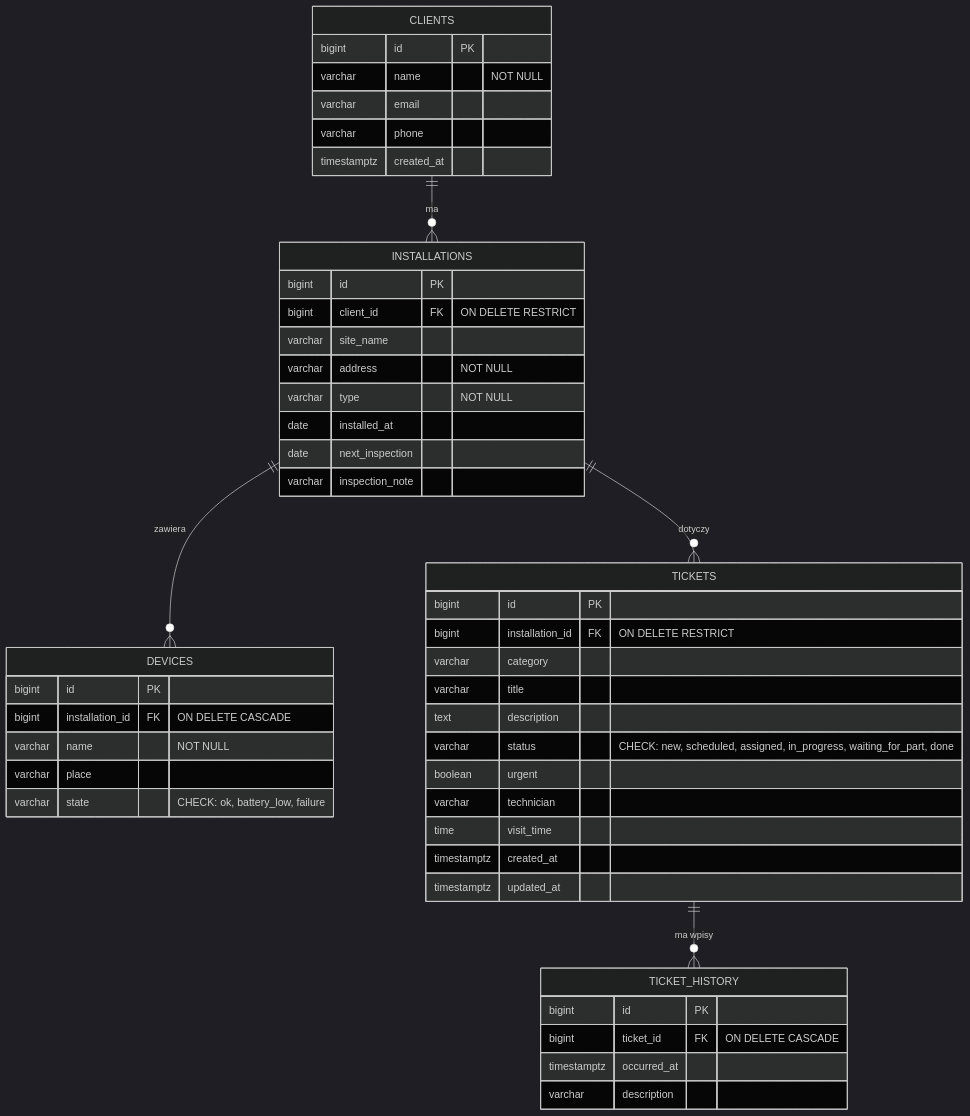
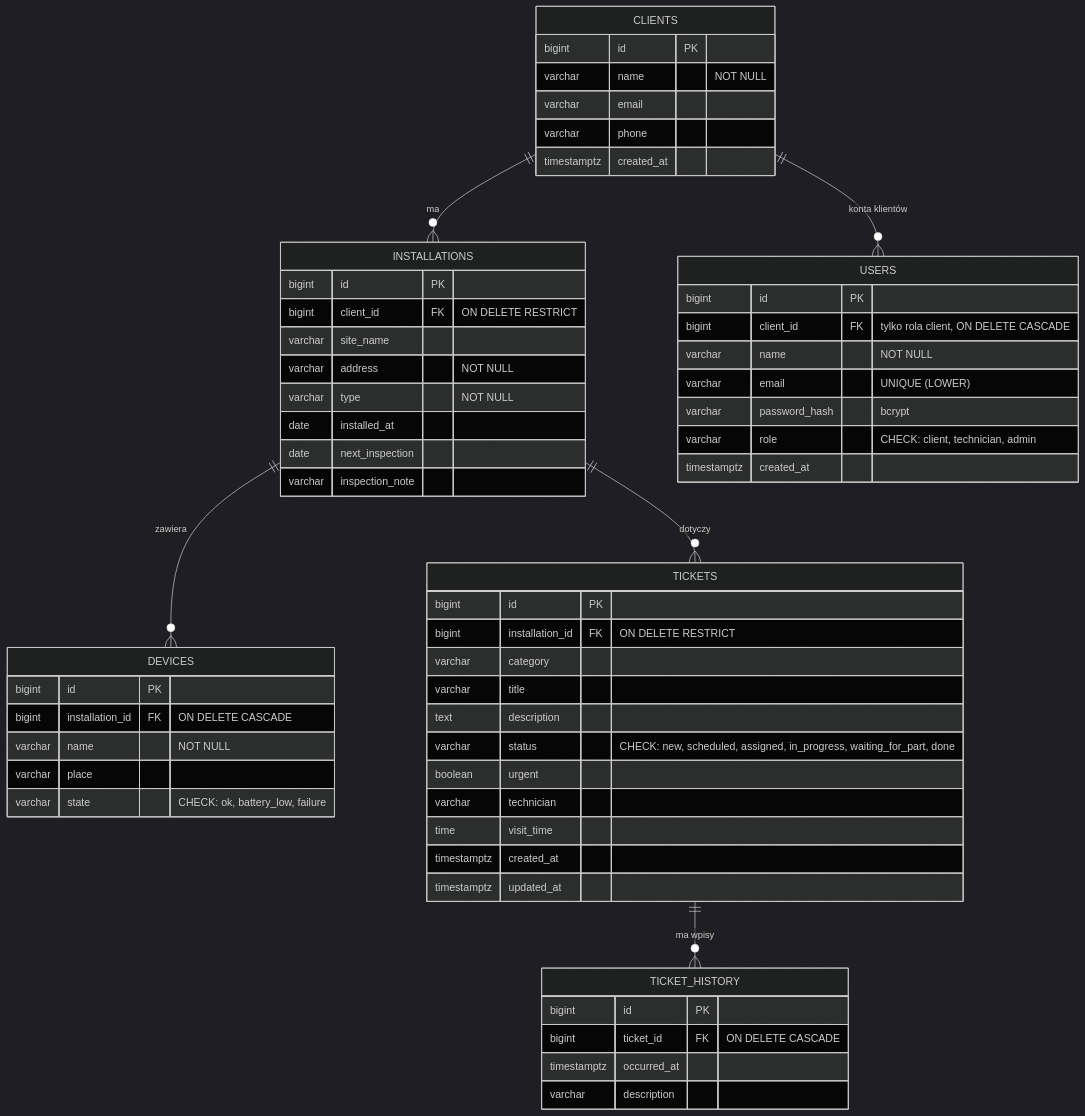
The diagram in README.md (tobiaszsroka/wdpai-project), drawn with Mermaid (dark theme) before and after one commit. The commit also changed other lines of this file, not shown here.

````diff
--- a/README.md
+++ b/README.md
@@ -133,51 +133,61 @@
 ```mermaid
 erDiagram
     CLIENTS ||--o{ INSTALLATIONS : "ma"
+    CLIENTS ||--o{ USERS : "konta klientów"
     INSTALLATIONS ||--o{ DEVICES : "zawiera"
     INSTALLATIONS ||--o{ TICKETS : "dotyczy"
     TICKETS ||--o{ TICKET_HISTORY : "ma wpisy"
 
     CLIENTS {
         bigint id PK
         varchar name "NOT NULL"
         varchar email
         varchar phone
+        timestamptz created_at
+    }
+    USERS {
+        bigint id PK
+        bigint client_id FK "tylko rola client, ON DELETE CASCADE"
+        varchar name "NOT NULL"
+        varchar email "UNIQUE (LOWER)"
+        varchar password_hash "bcrypt"
+        varchar role "CHECK: client, technician, admin"
         timestamptz created_at
     }
     INSTALLATIONS {
         bigint id PK
         bigint client_id FK "ON DELETE RESTRICT"
         varchar site_name
         varchar address "NOT NULL"
         varchar type "NOT NULL"
         date installed_at
         date next_inspection
         varchar inspection_note
     }
     DEVICES {
         bigint id PK
         bigint installation_id FK "ON DELETE CASCADE"
         varchar name "NOT NULL"
         varchar place
         varchar state "CHECK: ok, battery_low, failure"
     }
     TICKETS {
         bigint id PK
         bigint installation_id FK "ON DELETE RESTRICT"
         varchar category
         varchar title
         text description
         varchar status "CHECK: new, scheduled, assigned, in_progress, waiting_for_part, done"
         boolean urgent
         varchar technician
         time visit_time
         timestamptz created_at
         timestamptz updated_at
     }
     TICKET_HISTORY {
         bigint id PK
         bigint ticket_id FK "ON DELETE CASCADE"
         timestamptz occurred_at
         varchar description
     }
 ```
````
